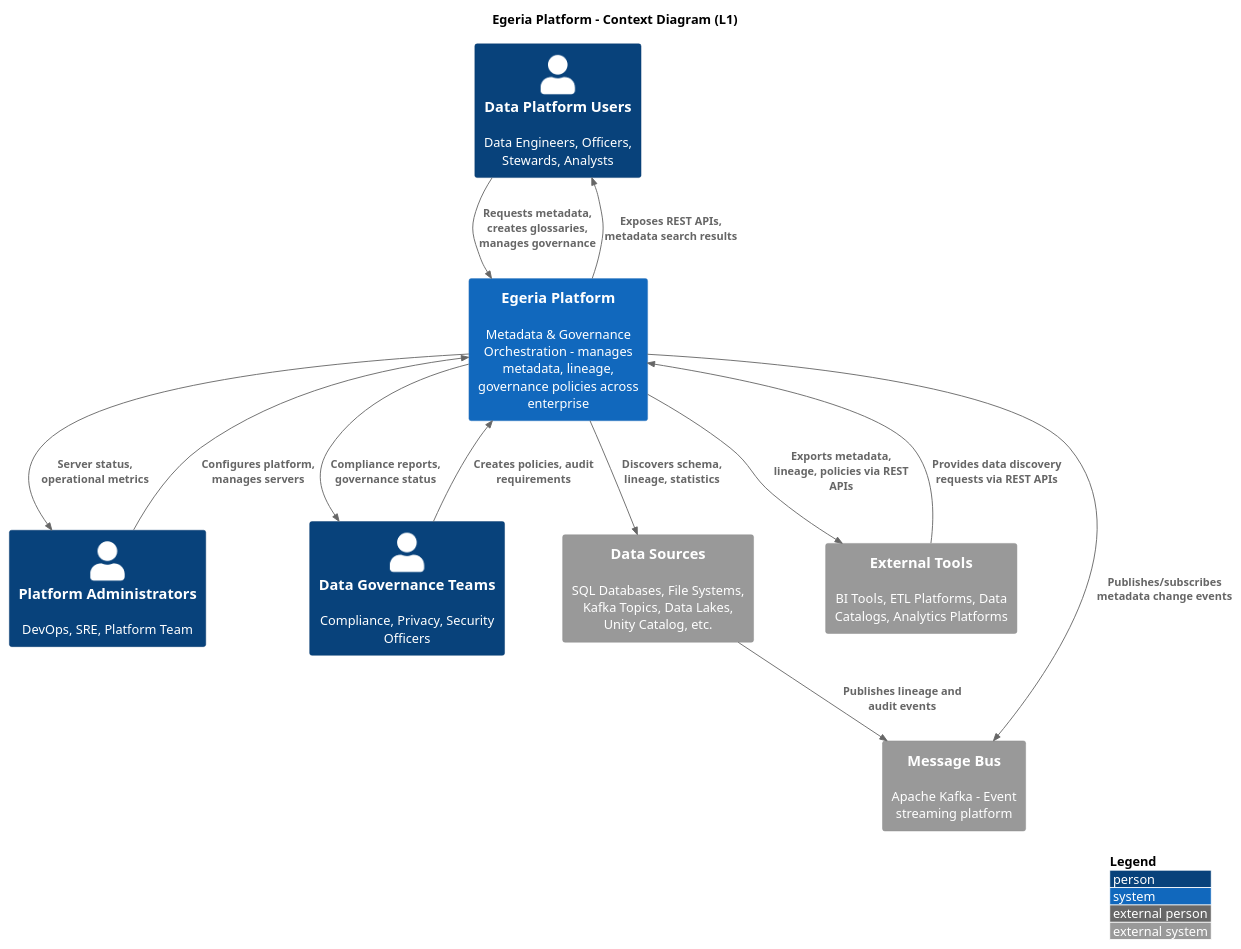
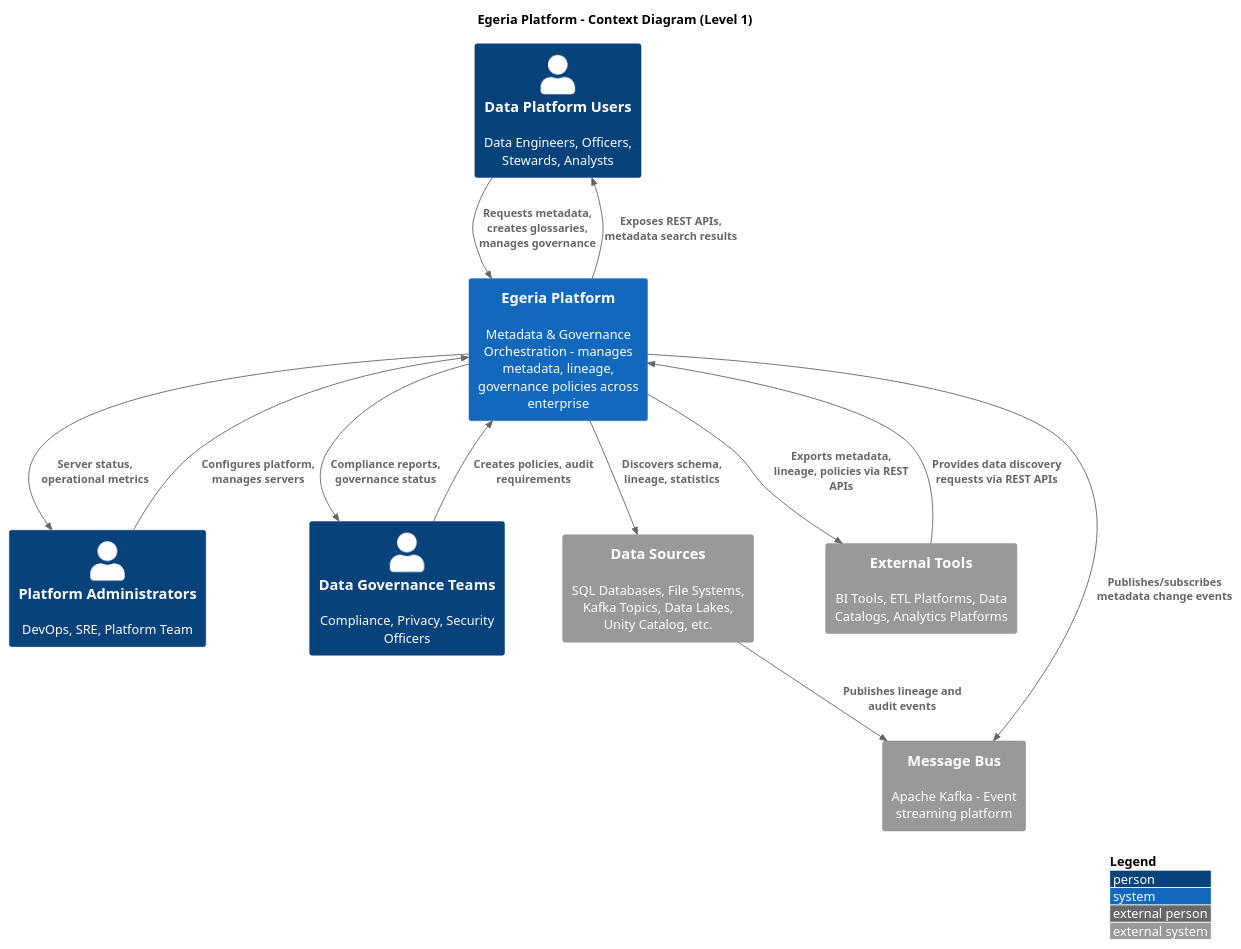
Before and after one commit to PoliTO-SwDA-2026-Team18/project: the diagram in diagrams/c4/context.puml, drawn with PlantUML. The commit also changed 1 other file, not shown here.

```diff
--- a/diagrams/c4/context.puml
+++ b/diagrams/c4/context.puml
@@ -1,34 +1,37 @@
 @startuml C4_Context_Egeria
 !include https://raw.githubusercontent.com/plantuml-stdlib/C4-PlantUML/master/C4_Context.puml
 
 LAYOUT_WITH_LEGEND()
 
-title Egeria Platform - Context Diagram (L1)
+title Egeria Platform - Context Diagram (Level 1)
 
 Person(dataUsers, "Data Platform Users", "Data Engineers, Officers, Stewards, Analysts")
+' All 26 identified user roles are represented by the collective "Data Platform Users" actor
 Person(admins, "Platform Administrators", "DevOps, SRE, Platform Team")
+' TODO: decide if "Data Governance Teams" should be merged with "Data Platform Users" or kept separate
 Person(governance, "Data Governance Teams", "Compliance, Privacy, Security Officers")
 
 System(egeria, "Egeria Platform", "Metadata & Governance Orchestration - manages metadata, lineage, governance policies across enterprise")
 
 System_Ext(dataSources, "Data Sources", "SQL Databases, File Systems, Kafka Topics, Data Lakes, Unity Catalog, etc.")
 System_Ext(externalTools, "External Tools", "BI Tools, ETL Platforms, Data Catalogs, Analytics Platforms")
 System_Ext(kafka, "Message Bus", "Apache Kafka - Event streaming platform")
+' TODO: check if other critical external systems are missing.
 
 Rel(dataUsers, egeria, "Requests metadata, creates glossaries, manages governance")
 Rel(egeria, dataUsers, "Exposes REST APIs, metadata search results")
 
 Rel(admins, egeria, "Configures platform, manages servers")
 Rel(egeria, admins, "Server status, operational metrics")
 
 Rel(governance, egeria, "Creates policies, audit requirements")
 Rel(egeria, governance, "Compliance reports, governance status")
 
 Rel(egeria, dataSources, "Discovers schema, lineage, statistics")
 Rel(dataSources, kafka, "Publishes lineage and audit events")
 Rel(egeria, kafka, "Publishes/subscribes metadata change events")
 
 Rel(egeria, externalTools, "Exports metadata, lineage, policies via REST APIs")
 Rel(externalTools, egeria, "Provides data discovery requests via REST APIs")
 
 @enduml
```
